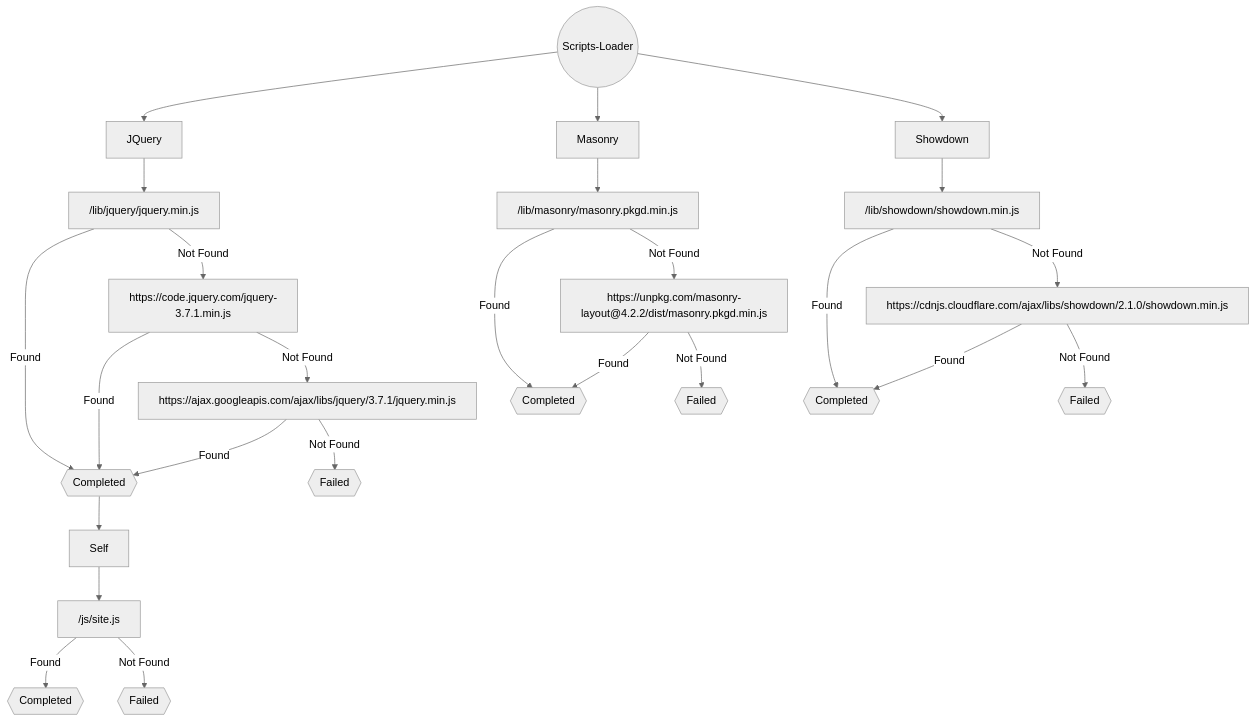
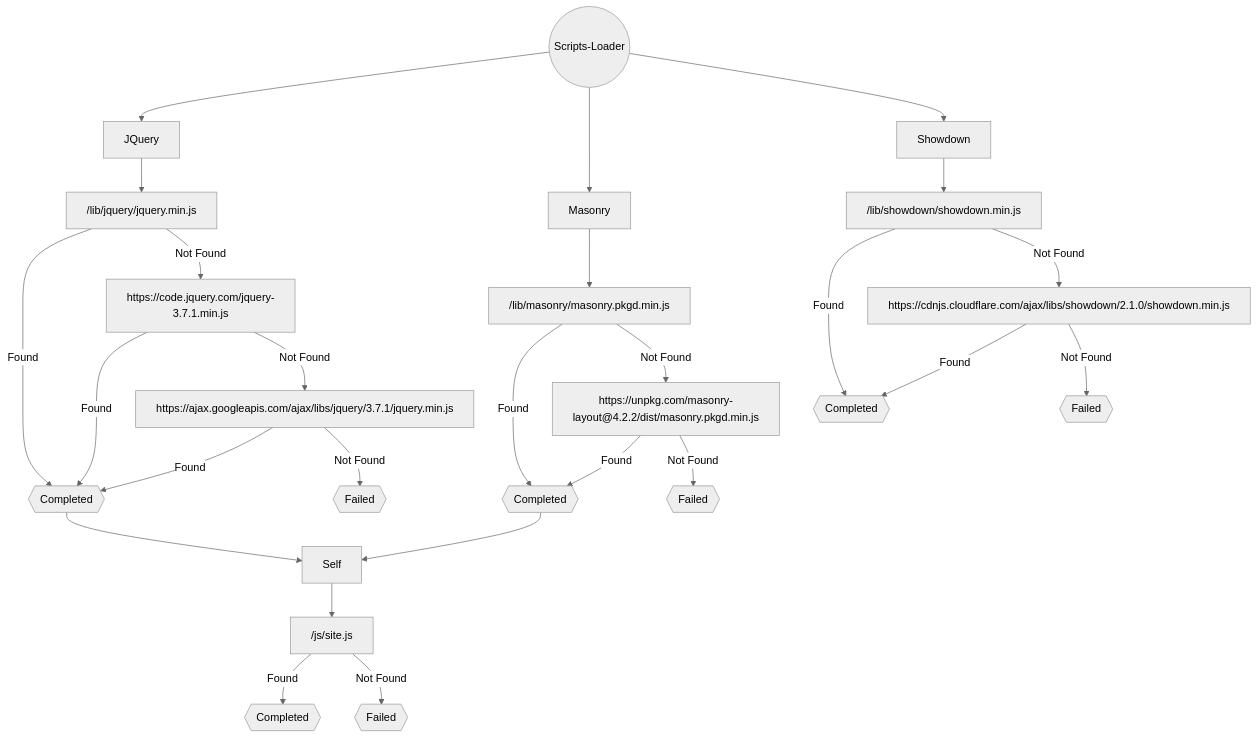
Before and after one commit to Mubarrat/scripts-loader: the diagram in Readme.md, drawn with Mermaid (neutral theme). The commit also changed other lines of this file, not shown here.

````diff
--- a/Readme.md
+++ b/Readme.md
@@ -84,46 +87,48 @@
 ```mermaid
 flowchart TD
     ScriptsLoader((Scripts-Loader))
     JQuery[JQuery]
     Masonry[Masonry]
     Showdown[Showdown]
     Self[Self]
     CompletedJQuery{{Completed}}
     CompletedMasonry{{Completed}}
     CompletedShowdown{{Completed}}
     CompletedSelf{{Completed}}
     FailedJQuery{{Failed}}
     FailedMasonry{{Failed}}
     FailedShowdown{{Failed}}
     FailedSelf{{Failed}}
 
     ScriptsLoader --> JQuery
     ScriptsLoader --> Masonry
     ScriptsLoader --> Showdown
 
     JQuery --> LoadJQuery1["/lib/jquery/jquery.min.js"]
     LoadJQuery1 --> |Found| CompletedJQuery
     LoadJQuery1 --> |Not Found| LoadJQuery2["https://code.jquery.com/jquery-3.7.1.min.js"]
     LoadJQuery2 --> |Found| CompletedJQuery
     LoadJQuery2 --> |Not Found| LoadJQuery3["https://ajax.googleapis.com/ajax/libs/jquery/3.7.1/jquery.min.js"]
     LoadJQuery3 --> |Found| CompletedJQuery
     LoadJQuery3 --> |Not Found| FailedJQuery
 
     CompletedJQuery --> Self
 
     Masonry --> LoadMasonry1["/lib/masonry/masonry.pkgd.min.js"]
     LoadMasonry1 --> |Found| CompletedMasonry
     LoadMasonry1 --> |Not Found| LoadMasonry2["https://unpkg.com/masonry-layout@4.2.2/dist/masonry.pkgd.min.js"]
     LoadMasonry2 --> |Found| CompletedMasonry
     LoadMasonry2 --> |Not Found| FailedMasonry
 
+    CompletedMasonry --> Self
+
     Showdown --> LoadShowdown1["/lib/showdown/showdown.min.js"]
     LoadShowdown1 --> |Found| CompletedShowdown
     LoadShowdown1 --> |Not Found| LoadShowdown2["https://cdnjs.cloudflare.com/ajax/libs/showdown/2.1.0/showdown.min.js"]
     LoadShowdown2 --> |Found| CompletedShowdown
     LoadShowdown2 --> |Not Found| FailedShowdown
 
     Self --> LoadSelf1["/js/site.js"]
     LoadSelf1 --> |Found| CompletedSelf
     LoadSelf1 --> |Not Found| FailedSelf
 ```
````
